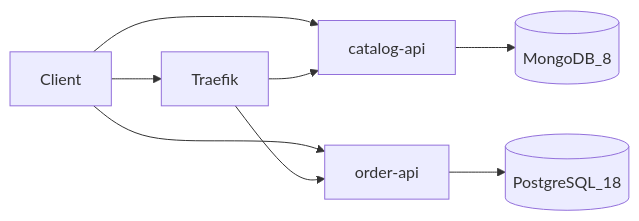
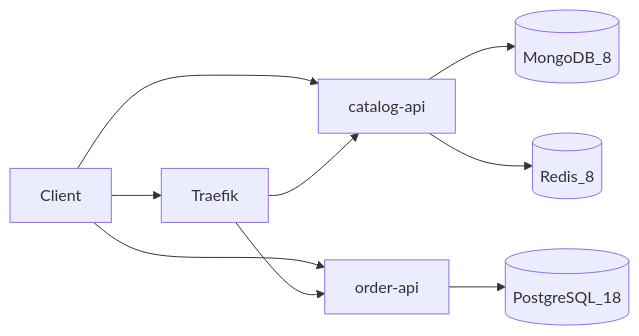
Before and after one commit to ianckc/streamshop-distributed-system: the first of 2 diagrams in docs/docs/architecture/overview.mdx, drawn with Mermaid. The commit also changed other lines of this file and 22 other files, not shown here.

First line of the commit message:
0012 Add Redis for catalog cache (#13)

````diff
--- a/docs/docs/architecture/overview.mdx
+++ b/docs/docs/architecture/overview.mdx
@@ -11,10 +11,11 @@
 ```mermaid
 flowchart LR
   Client[Client] --> Traefik[Traefik]
   Client --> CatalogAPI[catalog-api]
   Client --> OrderAPI[order-api]
   Traefik --> CatalogAPI
   Traefik --> OrderAPI
   CatalogAPI --> Mongo[(MongoDB_8)]
+  CatalogAPI --> Redis[(Redis_8)]
   OrderAPI --> Postgres[(PostgreSQL_18)]
 ```
````
